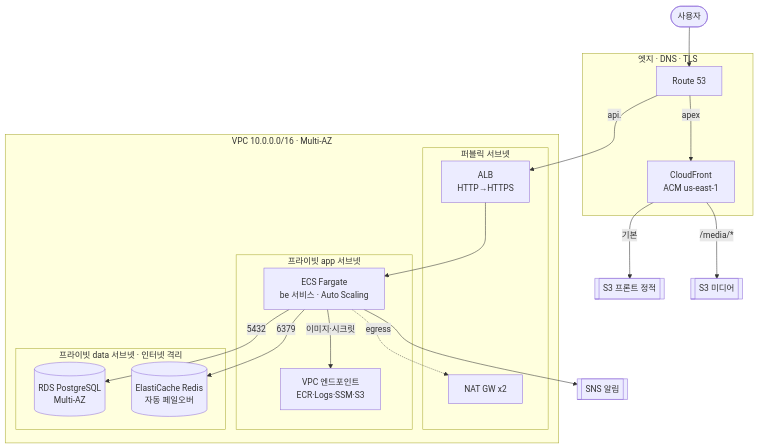
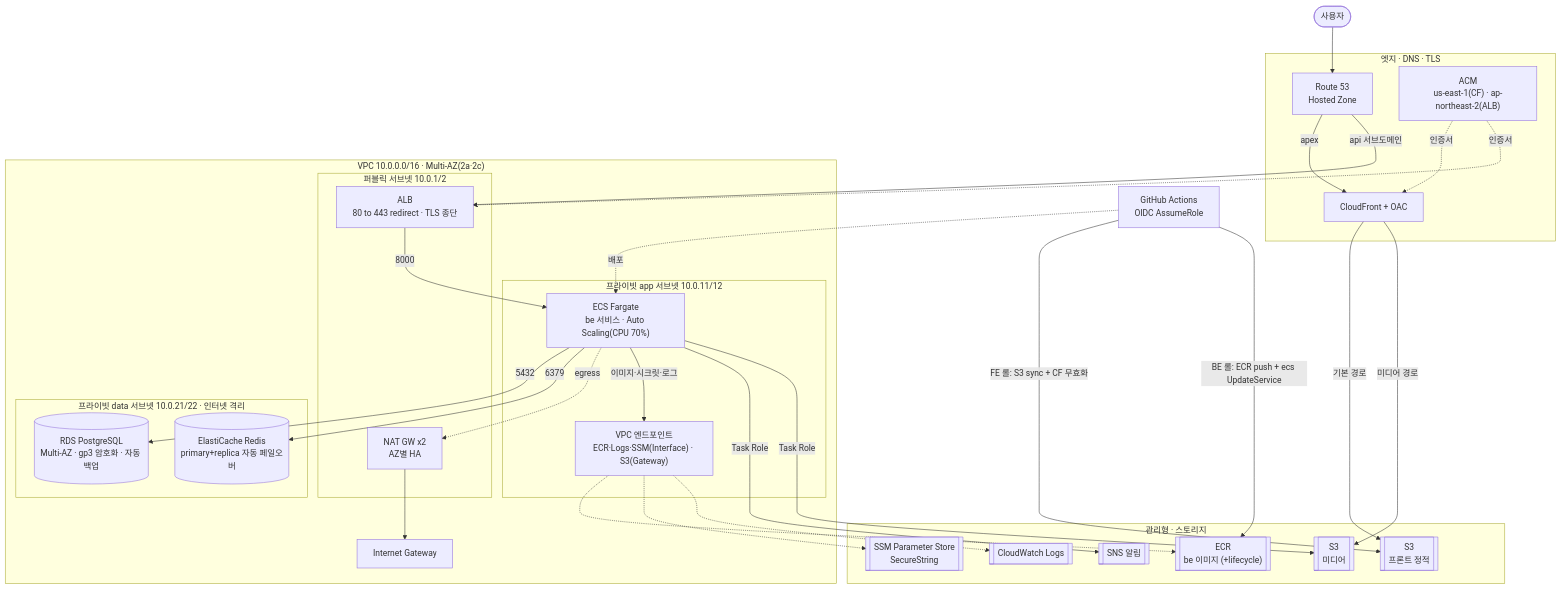
Before and after one commit to kyjness/2-kyjness-community-infra: the first of 2 diagrams in README.md, drawn with Mermaid. The commit also changed other lines of this file, not shown here.

First line of the commit message:
docs(infra): README 재작성 — terraform·eks 아키텍처 다이어그램 추가

````diff
--- a/README.md
+++ b/README.md
@@ -29,40 +59,59 @@
 ```mermaid
 flowchart TB
     user([사용자])
+    gha["GitHub Actions<br/>OIDC AssumeRole"]
 
-    subgraph edge[엣지 · DNS · TLS]
-        r53[Route 53]
-        cf[CloudFront<br/>ACM us-east-1]
+    subgraph edge["엣지 · DNS · TLS"]
+        r53["Route 53<br/>Hosted Zone"]
+        acm["ACM<br/>us-east-1(CF) · ap-northeast-2(ALB)"]
+        cf["CloudFront + OAC"]
     end
 
-    subgraph aws[VPC 10.0.0.0/16 · Multi-AZ]
-        subgraph pub[퍼블릭 서브넷]
-            alb[ALB<br/>HTTP→HTTPS]
-            nat[NAT GW x2]
+    subgraph vpc["VPC 10.0.0.0/16 · Multi-AZ(2a·2c)"]
+        igw["Internet Gateway"]
+        subgraph pub["퍼블릭 서브넷 10.0.1/2"]
+            alb["ALB<br/>80 to 443 redirect · TLS 종단"]
+            nat["NAT GW x2<br/>AZ별 HA"]
         end
-        subgraph appt[프라이빗 app 서브넷]
-            ecs[ECS Fargate<br/>be 서비스 · Auto Scaling]
-            vpce[VPC 엔드포인트<br/>ECR·Logs·SSM·S3]
+        subgraph appt["프라이빗 app 서브넷 10.0.11/12"]
+            ecs["ECS Fargate<br/>be 서비스 · Auto Scaling(CPU 70%)"]
+            vpce["VPC 엔드포인트<br/>ECR·Logs·SSM(Interface) · S3(Gateway)"]
         end
-        subgraph datat[프라이빗 data 서브넷 · 인터넷 격리]
-            rds[(RDS PostgreSQL<br/>Multi-AZ)]
-            redis[(ElastiCache Redis<br/>자동 페일오버)]
+        subgraph datat["프라이빗 data 서브넷 10.0.21/22 · 인터넷 격리"]
+            rds[("RDS PostgreSQL<br/>Multi-AZ · gp3 암호화 · 자동 백업")]
+            redis[("ElastiCache Redis<br/>primary+replica 자동 페일오버")]
         end
     end
 
-    s3fe[[S3 프론트 정적]]
-    s3media[[S3 미디어]]
-    sns[[SNS 알림]]
+    subgraph mng["관리형 · 스토리지"]
+        s3fe[["S3<br/>프론트 정적"]]
+        s3media[["S3<br/>미디어"]]
+        ecr[["ECR<br/>be 이미지 (+lifecycle)"]]
+        ssm[["SSM Parameter Store<br/>SecureString"]]
+        sns[["SNS 알림"]]
+        logs[["CloudWatch Logs"]]
+    end
 
     user --> r53
     r53 -->|apex| cf
-    r53 -->|api.| alb
-    cf -->|기본| s3fe
-    cf -->|/media/*| s3media
-    alb --> ecs
+    r53 -->|api 서브도메인| alb
+    cf -->|기본 경로| s3fe
+    cf -->|미디어 경로| s3media
+    acm -.인증서.-> cf
+    acm -.인증서.-> alb
+    alb -->|8000| ecs
     ecs -->|5432| rds
     ecs -->|6379| redis
-    ecs -.egress.-> nat
-    ecs -->|이미지·시크릿| vpce
-    ecs --> sns
+    ecs -. egress .-> nat
+    nat --> igw
+    ecs -->|이미지·시크릿·로그| vpce
+    vpce -.-> ecr
+    vpce -.-> ssm
+    vpce -.-> logs
+    ecs -->|Task Role| sns
+    ecs -->|Task Role| s3media
+
+    gha -->|FE 롤: S3 sync + CF 무효화| s3fe
+    gha -->|BE 롤: ECR push + ecs UpdateService| ecr
+    gha -.배포.-> ecs
 ```
````
